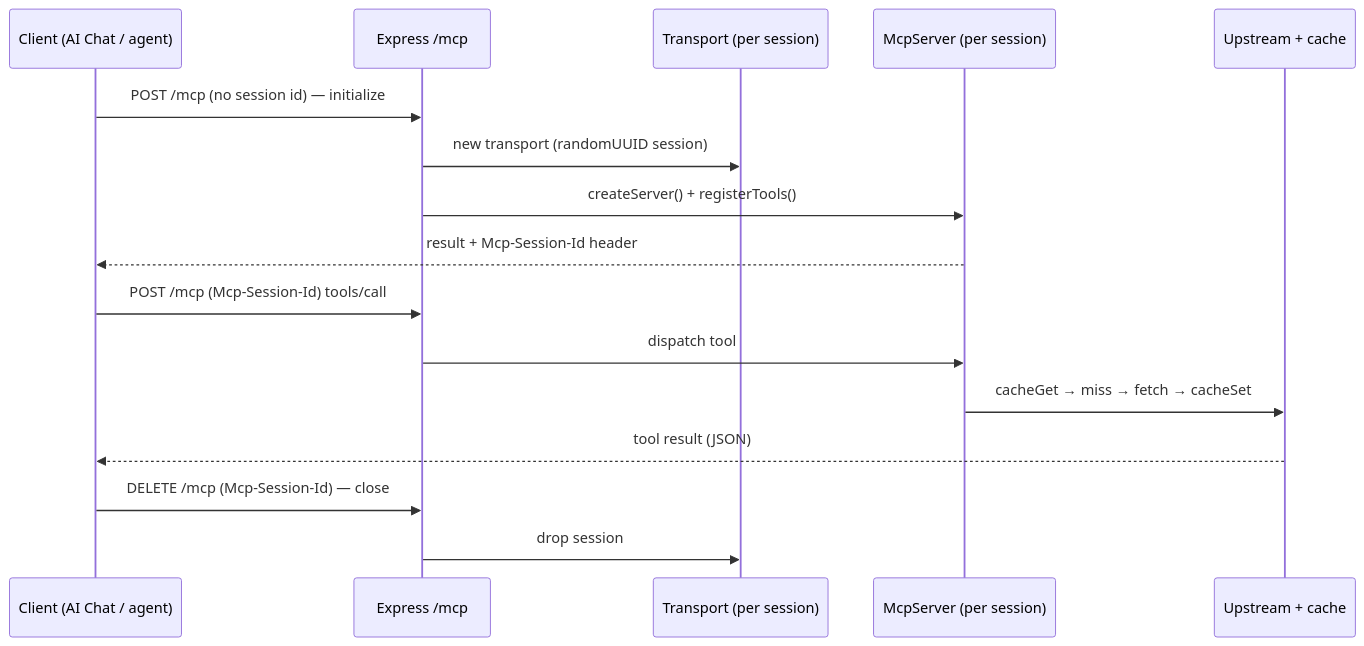
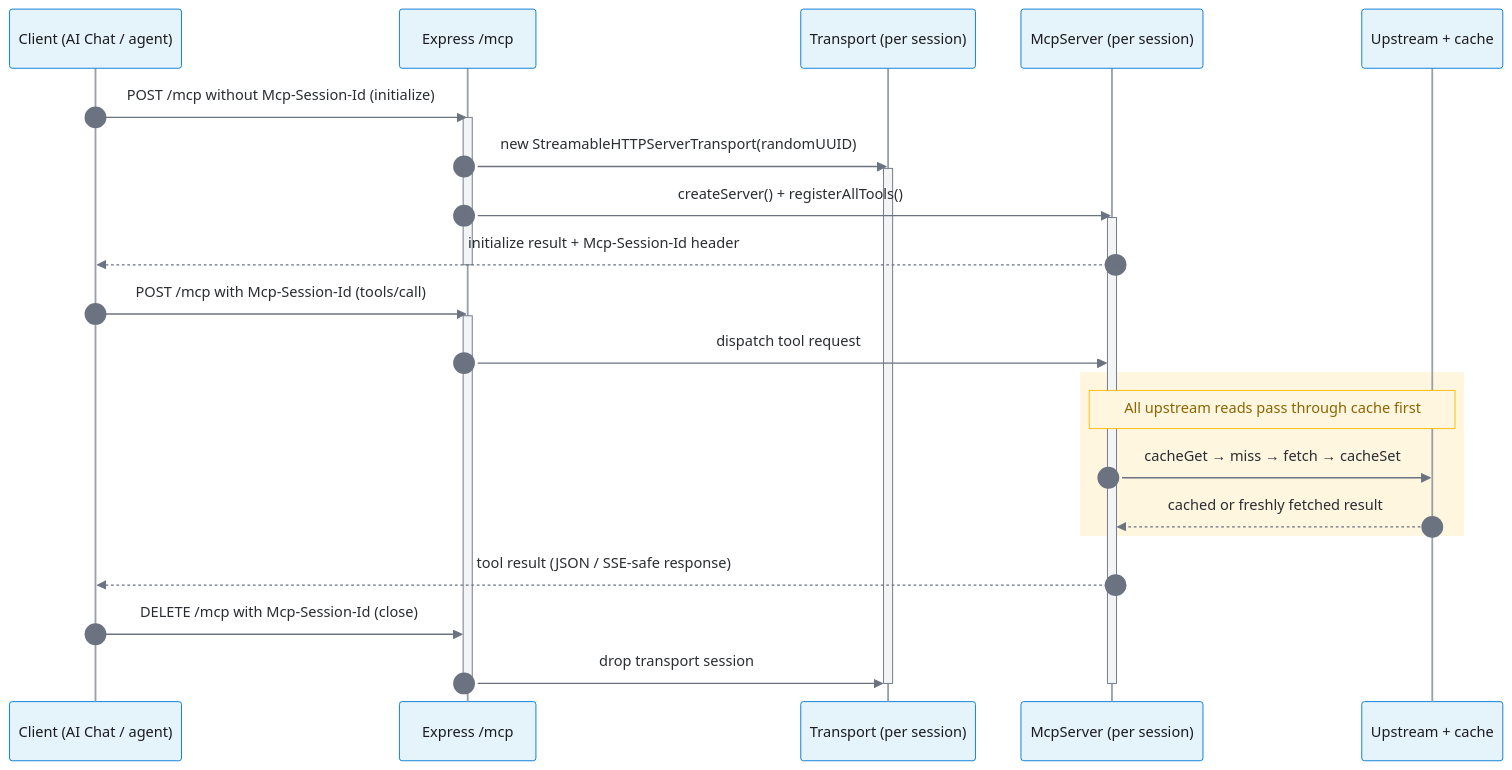
Before and after one commit to Ohorizons/ohorizons-lastest: the third of 5 diagrams in mcp-servers/ARCHITECTURE.md, drawn with Mermaid. The commit also changed other lines of this file and 43 other files, not shown here.

First line of the commit message:
Update documentation and configuration for Azure Managed Redis and architecture diagrams

````diff
--- a/mcp-servers/ARCHITECTURE.md
+++ b/mcp-servers/ARCHITECTURE.md
@@ -110,19 +159,33 @@
 ```mermaid
+%%{init: {'theme':'base','themeVariables':{'background':'#FFFFFF','fontFamily':'Segoe UI, system-ui, sans-serif','primaryTextColor':'#1B1B1F','actorBkg':'#E5F3FB','actorBorder':'#0078D4','actorTextColor':'#1B1B1F','actorLineColor':'#9AA0A6','activationBkgColor':'#F3F4F6','activationBorderColor':'#6B7280','signalColor':'#6B7280','signalTextColor':'#2A2D31','labelBoxBkgColor':'#FFFFFF','labelBoxBorderColor':'#D0D7DE','labelTextColor':'#1B1B1F','noteBkgColor':'#FFF6E0','noteBorderColor':'#FFB900','noteTextColor':'#8A6500','sequenceNumberColor':'#6B7280'}}}%%
 sequenceDiagram
+  autonumber
     participant C as Client (AI Chat / agent)
     participant E as Express /mcp
     participant T as Transport (per session)
     participant S as McpServer (per session)
     participant U as Upstream + cache
 
-    C->>E: POST /mcp (no session id) — initialize
-    E->>T: new transport (randomUUID session)
-    E->>S: createServer() + registerTools()
-    S-->>C: result + Mcp-Session-Id header
-    C->>E: POST /mcp (Mcp-Session-Id) tools/call
-    E->>S: dispatch tool
+  C->>E: POST /mcp without Mcp-Session-Id (initialize)
+  activate E
+  E->>T: new StreamableHTTPServerTransport(randomUUID)
+  activate T
+  E->>S: createServer() + registerAllTools()
+  activate S
+  S-->>C: initialize result + Mcp-Session-Id header
+  deactivate E
+  C->>E: POST /mcp with Mcp-Session-Id (tools/call)
+  activate E
+  E->>S: dispatch tool request
+  rect rgb(255, 246, 224)
+    Note over S,U: All upstream reads pass through cache first
     S->>U: cacheGet → miss → fetch → cacheSet
-    U-->>C: tool result (JSON)
-    C->>E: DELETE /mcp (Mcp-Session-Id) — close
-    E->>T: drop session
+    U-->>S: cached or freshly fetched result
+  end
+  S-->>C: tool result (JSON / SSE-safe response)
+  C->>E: DELETE /mcp with Mcp-Session-Id (close)
+  E->>T: drop transport session
+  deactivate S
+  deactivate T
+  deactivate E
 ```
````
